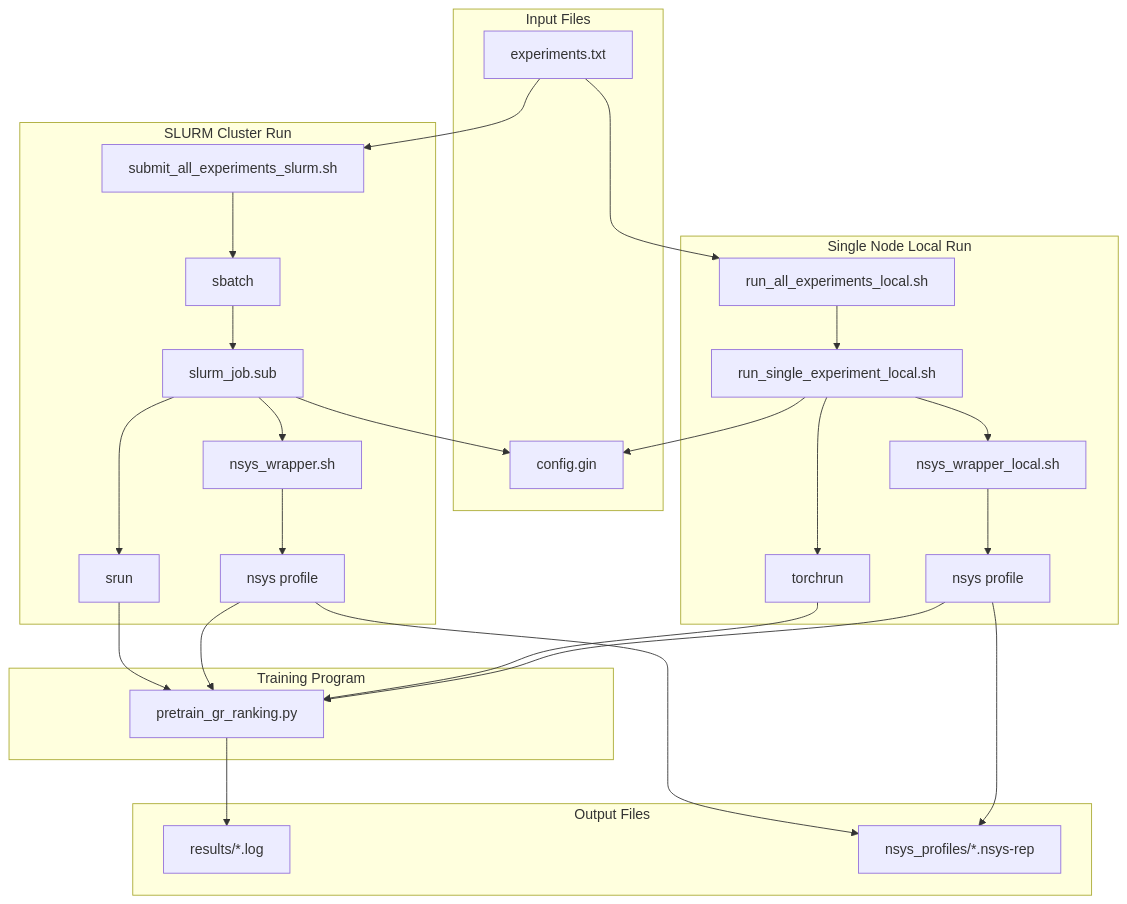
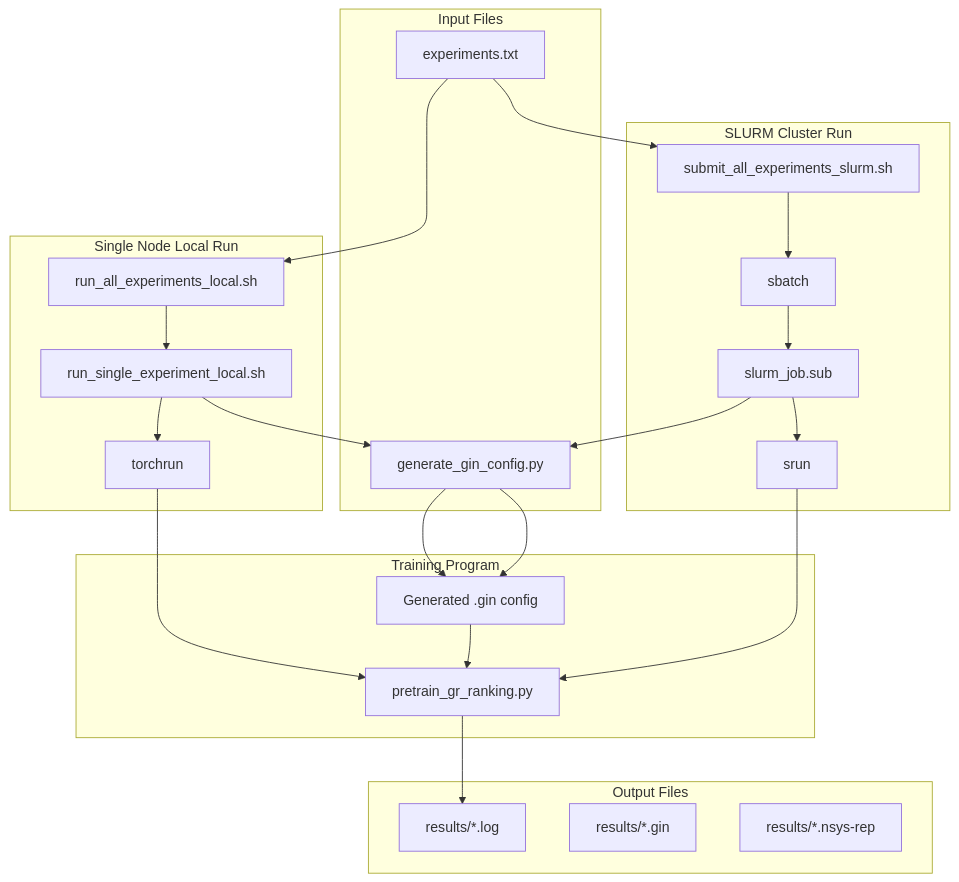
One commit to JacoCheung/recsys-examples changed the diagram in examples/hstu/training/benchmark/BENCHMARK_SCRIPTS_USAGE.md. Above: the diagram before and after it, drawn with Mermaid. The commit also changed other lines of this file and 25 other files, not shown here.

Commit message:
Auto-generate benchmark gin-config and refine scripts

````diff
--- a/examples/hstu/training/benchmark/BENCHMARK_SCRIPTS_USAGE.md
+++ b/examples/hstu/training/benchmark/BENCHMARK_SCRIPTS_USAGE.md
@@ -61,55 +65,48 @@
 ```mermaid
 graph TD
     subgraph InputFiles[Input Files]
         EXP[experiments.txt]
-        CFG[config.gin]
+        GIN_GEN[generate_gin_config.py]
     end
     
     subgraph LocalRun[Single Node Local Run]
         RUN_ALL_LOCAL[run_all_experiments_local.sh]
         RUN_SINGLE_LOCAL[run_single_experiment_local.sh]
         TORCHRUN[torchrun]
-        NSYS_WRAPPER_LOCAL[nsys_wrapper_local.sh]
-        NSYS_LOCAL[nsys profile]
     end
     
     subgraph SlurmRun[SLURM Cluster Run]
         SUBMIT[submit_all_experiments_slurm.sh]
         SBATCH[sbatch]
         SLURM_JOB[slurm_job.sub]
         SRUN[srun]
-        NSYS_WRAPPER[nsys_wrapper.sh]
-        NSYS[nsys profile]
     end
     
     subgraph Training[Training Program]
+        CFG[Generated .gin config]
         TRAIN[pretrain_gr_ranking.py]
     end
     
     subgraph OutputFiles[Output Files]
         LOG[results/*.log]
-        NSYS_OUT[nsys_profiles/*.nsys-rep]
+        GIN_OUT[results/*.gin]
+        NSYS_OUT[results/*.nsys-rep]
     end
     
     EXP --> RUN_ALL_LOCAL
     RUN_ALL_LOCAL --> RUN_SINGLE_LOCAL
-    RUN_SINGLE_LOCAL --> CFG
+    RUN_SINGLE_LOCAL --> GIN_GEN
+    GIN_GEN --> CFG
     RUN_SINGLE_LOCAL --> TORCHRUN
-    RUN_SINGLE_LOCAL --> NSYS_WRAPPER_LOCAL
-    NSYS_WRAPPER_LOCAL --> NSYS_LOCAL
-    NSYS_LOCAL --> TRAIN
     TORCHRUN --> TRAIN
+    CFG --> TRAIN
     TRAIN --> LOG
-    NSYS_LOCAL --> NSYS_OUT
     
     EXP --> SUBMIT
     SUBMIT --> SBATCH
     SBATCH --> SLURM_JOB
-    SLURM_JOB --> CFG
+    SLURM_JOB --> GIN_GEN
+    GIN_GEN --> CFG
     SLURM_JOB --> SRUN
-    SLURM_JOB --> NSYS_WRAPPER
-    NSYS_WRAPPER --> NSYS
-    NSYS --> TRAIN
     SRUN --> TRAIN
-    NSYS --> NSYS_OUT
 ```
````
